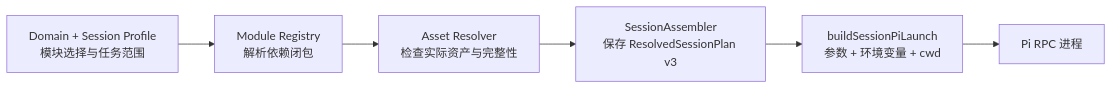
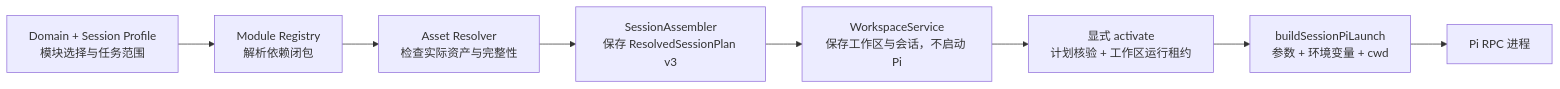
Before and after one commit to Ran2424/transportx-agent: the first of 3 diagrams in docs/ARCHITECTURE.md, drawn with Mermaid. The commit also changed other lines of this file and 101 other files, not shown here.

````diff
--- a/docs/ARCHITECTURE.md
+++ b/docs/ARCHITECTURE.md
@@ -143,8 +150,10 @@
 ```mermaid
 flowchart LR
   selection["Domain + Session Profile<br/>模块选择与任务范围"] --> registry["Module Registry<br/>解析依赖闭包"]
   registry --> assets["Asset Resolver<br/>检查实际资产与完整性"]
   assets --> plan["SessionAssembler<br/>保存 ResolvedSessionPlan v3"]
-  plan --> launch["buildSessionPiLaunch<br/>参数 + 环境变量 + cwd"]
+  plan --> saved["WorkspaceService<br/>保存工作区与会话，不启动 Pi"]
+  saved --> activation["显式 activate<br/>计划核验 + 工作区运行租约"]
+  activation --> launch["buildSessionPiLaunch<br/>参数 + 环境变量 + cwd"]
   launch --> pi["Pi RPC 进程"]
 ```
````
